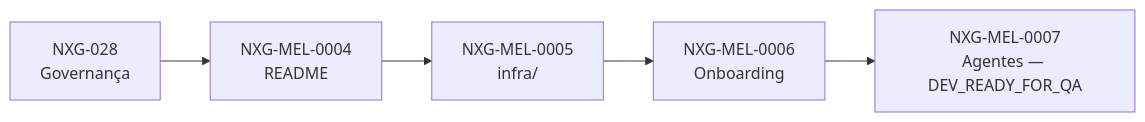
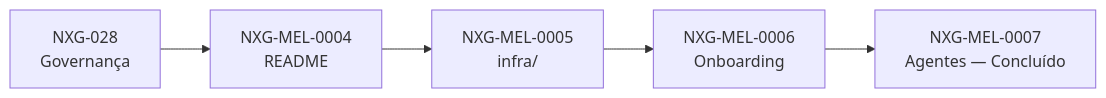
Before and after one commit to RafaCartaxo/operating-vault: the diagram in 04 Projetos/Nxgest/Epicos/NXG-EPIC-0001 Organizacao do NX Gest/00 README.md, drawn with Mermaid. The commit also changed other lines of this file and 30 other files, not shown here.

````diff
--- a/04 Projetos/Nxgest/Epicos/NXG-EPIC-0001 Organizacao do NX Gest/00 README.md
+++ b/04 Projetos/Nxgest/Epicos/NXG-EPIC-0001 Organizacao do NX Gest/00 README.md
@@ -57,7 +57,7 @@
 ```mermaid
 flowchart LR
     A[NXG-028\nGovernança] --> B[NXG-MEL-0004\nREADME]
     B --> C[NXG-MEL-0005\ninfra/]
     C --> D[NXG-MEL-0006\nOnboarding]
-    D --> E[NXG-MEL-0007\nAgentes — DEV_READY_FOR_QA]
+    D --> E[NXG-MEL-0007\nAgentes — Concluído]
 ```
````
